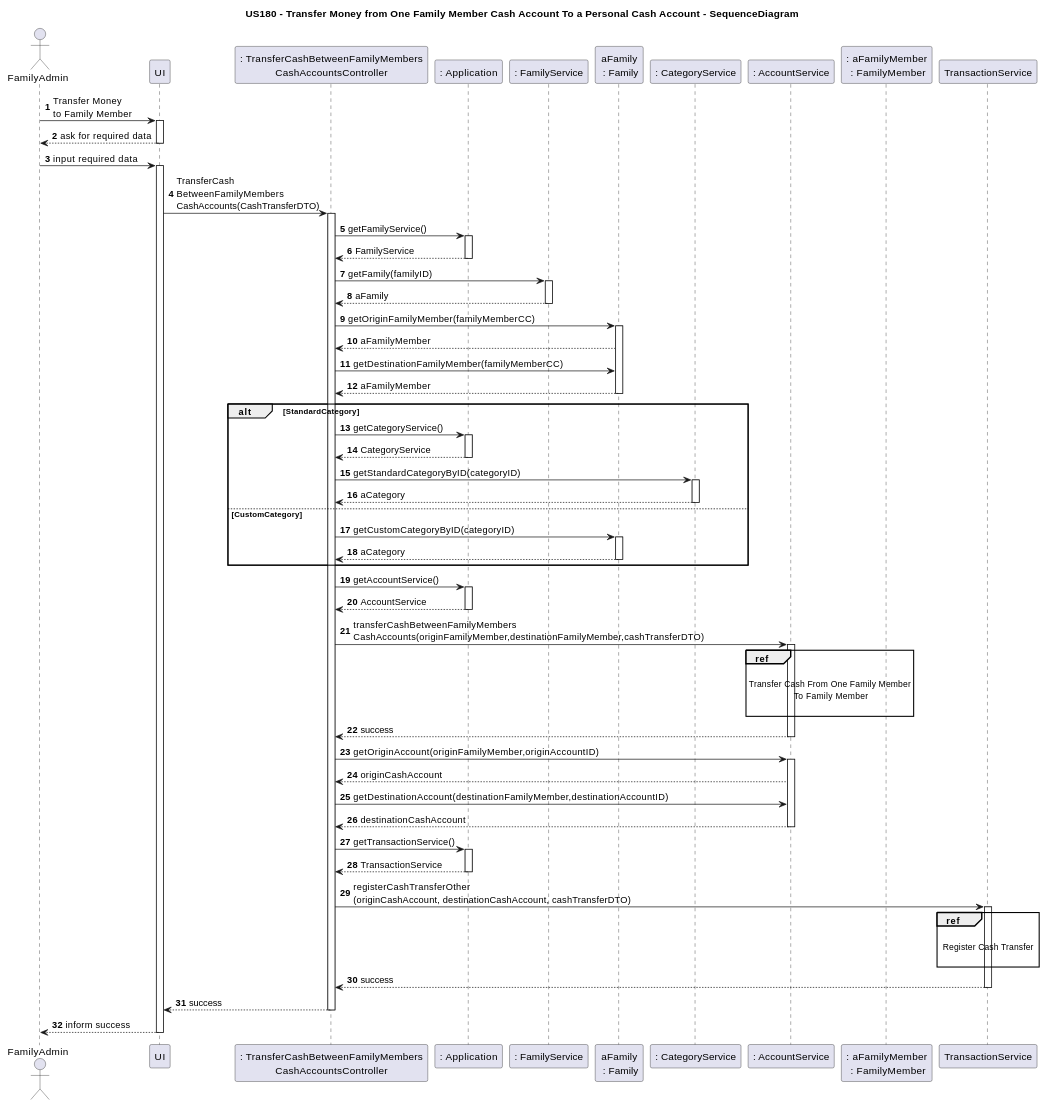
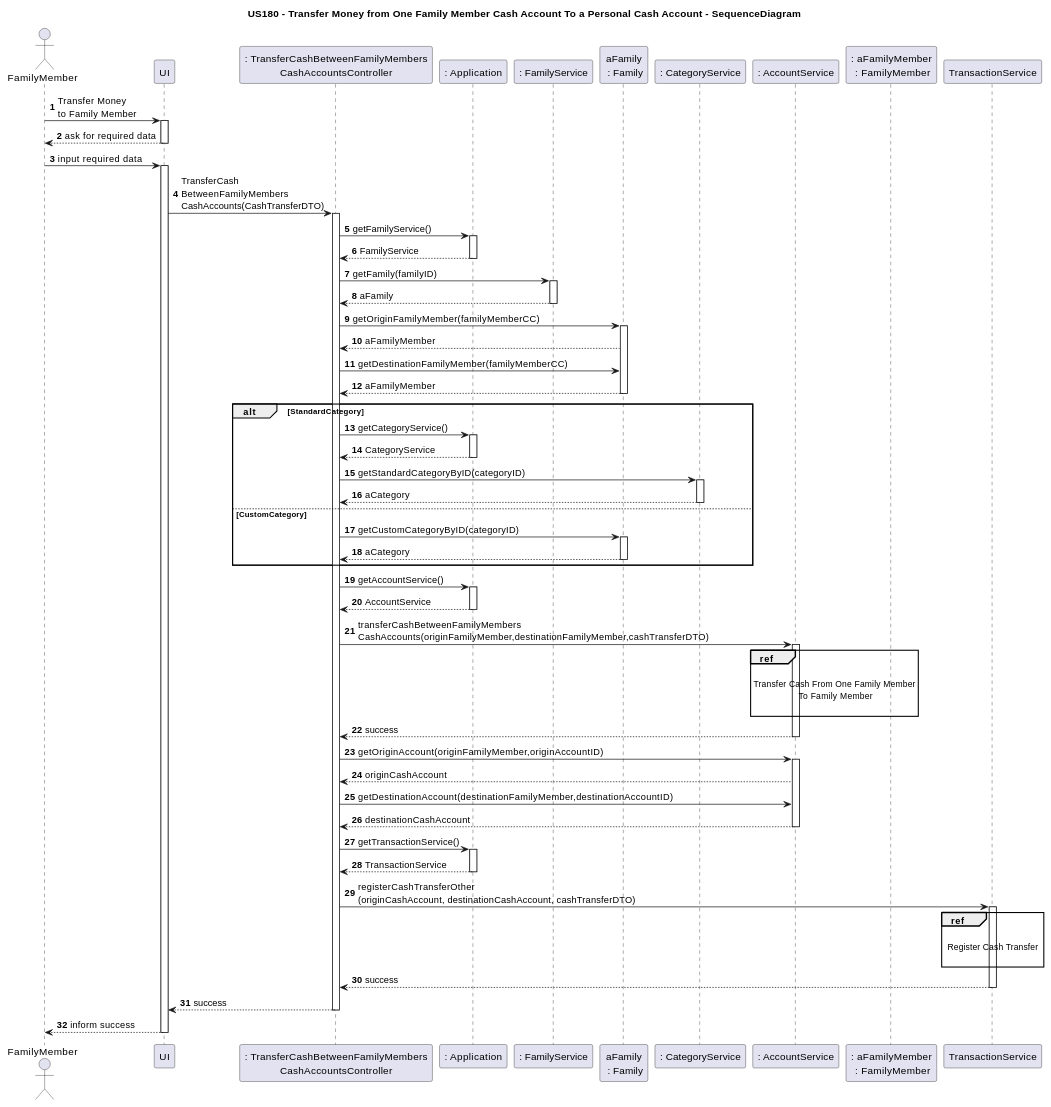
The third of 6 diagrams in docs/sprint2/user_stories/US180_TransferMoneyFamilyMemberToFamilyMember.md (tomas-osswald/switch_2020_g3), drawn with PlantUML before and after one commit. The commit also changed other lines of this file, not shown here.

```diff
--- a/docs/sprint2/user_stories/US180_TransferMoneyFamilyMemberToFamilyMember.md
+++ b/docs/sprint2/user_stories/US180_TransferMoneyFamilyMemberToFamilyMember.md
@@ -130,7 +130,7 @@
 title US180 - Transfer Money from One Family Member Cash Account To a Personal Cash Account - SequenceDiagram
 autonumber
 
-Actor "FamilyAdmin" as Actor
+Actor "FamilyMember" as Actor
 Participant "UI" as UI
 Participant ": TransferCashBetweenFamilyMembers\nCashAccountsController" as controller
 Participant ": Application" as App
```
